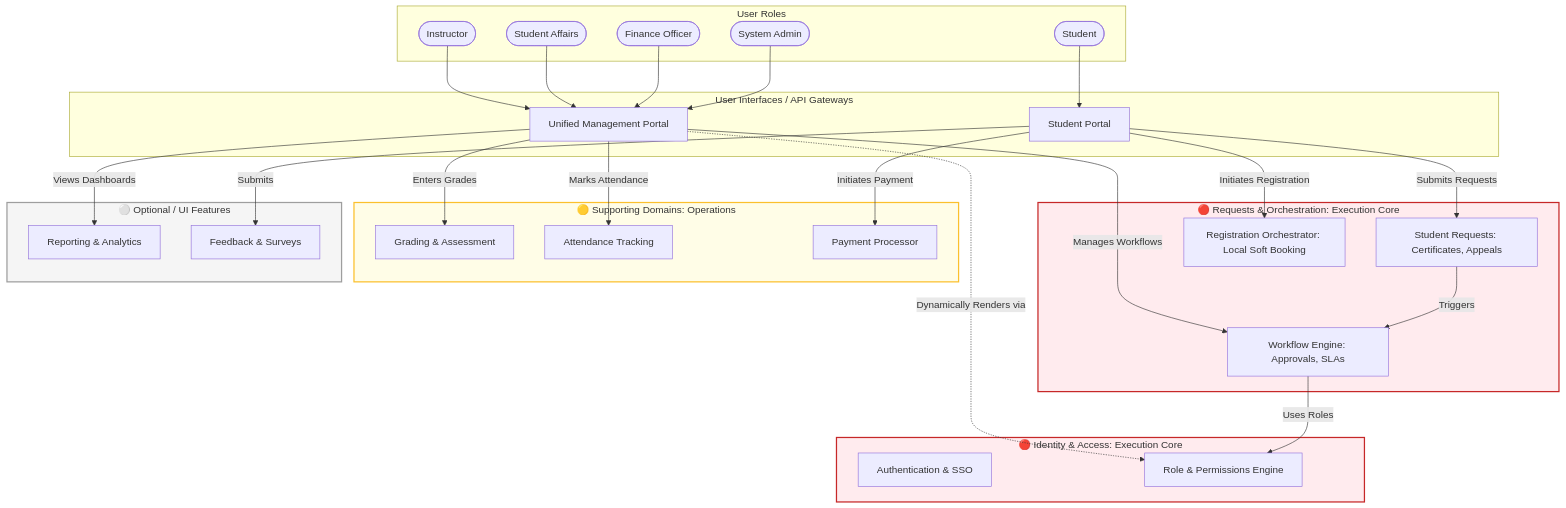
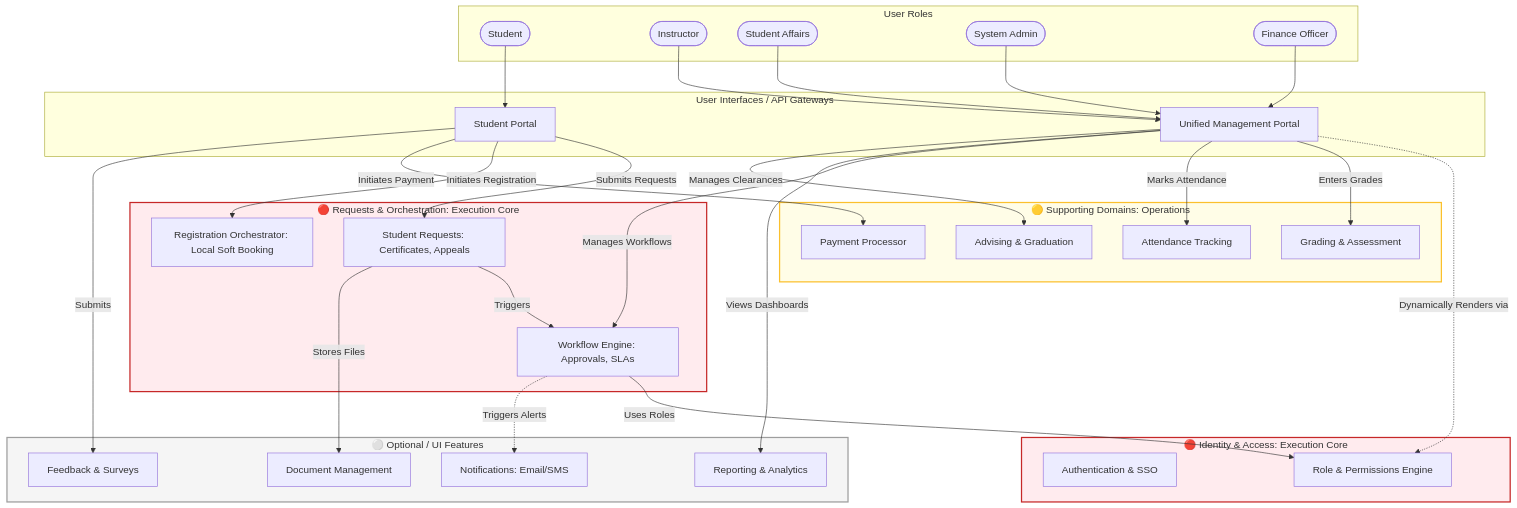
Before and after one commit to ziad-aladawy-dev/BackDesign: the third of 4 diagrams in ARCHITECTURE.md, drawn with Mermaid. The commit also changed other lines of this file, not shown here.

Commit message:
docs: fix orphaned modules and exams terminology in architecture diagrams

````diff
--- a/ARCHITECTURE.md
+++ b/ARCHITECTURE.md
@@ -115,76 +115,82 @@
 ```mermaid
 flowchart TD
 
     %% USERS
     subgraph EndUsers [User Roles]
         R_Student([Student])
         R_Instructor([Instructor])
         R_StudentAffairs([Student Affairs])
         R_SysAdmin([System Admin])
         R_Finance([Finance Officer])
     end
 
     %% PORTALS (UI Shells)
     subgraph Portals [User Interfaces / API Gateways]
         UI_Student["Student Portal"]
         UI_Management["Unified Management Portal"]
     end
 
     %% Map Users
     R_Student --> UI_Student
     R_Instructor --> UI_Management
     R_StudentAffairs --> UI_Management
     R_Finance --> UI_Management
     R_SysAdmin --> UI_Management
 
     %% IAM CORE
     subgraph Core_IAM [🔴 Identity & Access: Execution Core]
         Mod_Auth["Authentication & SSO"]
         Mod_RBAC["Role & Permissions Engine"]
     end
 
     UI_Management -.->|Dynamically Renders via| Mod_RBAC
 
     %% WORKFLOW & ORCHESTRATION CORE
     subgraph Core_Workflow [🔴 Requests & Orchestration: Execution Core]
         Mod_Engine["Workflow Engine: Approvals, SLAs"]
         Mod_StudentReq["Student Requests: Certificates, Appeals"]
         Mod_RegOrchestrator["Registration Orchestrator: Local Soft Booking"]
     end
 
     %% SUPPORTING DOMAINS (Write-Heavy)
     subgraph Support_Domains [🟡 Supporting Domains: Operations]
         Mod_Grading["Grading & Assessment"]
         Mod_Attendance["Attendance Tracking"]
         Mod_PaymentProc["Payment Processor"]
+        Mod_Advising["Advising & Graduation"]
     end
 
     %% OPTIONAL UI-FACING DOMAINS
     subgraph Optional_Domains [⚪ Optional / UI Features]
         Mod_Reports["Reporting & Analytics"]
         Mod_FeedbackSurveys["Feedback & Surveys"]
+        Mod_Notify["Notifications: Email/SMS"]
+        Mod_Docs["Document Management"]
     end
 
     %% Feature Routing
     UI_Student -->|Submits Requests| Mod_StudentReq
     UI_Student -->|Initiates Registration| Mod_RegOrchestrator
     UI_Student -->|Initiates Payment| Mod_PaymentProc
     UI_Student -->|Submits| Mod_FeedbackSurveys
 
     UI_Management -->|Enters Grades| Mod_Grading
     UI_Management -->|Marks Attendance| Mod_Attendance
     UI_Management -->|Manages Workflows| Mod_Engine
     UI_Management -->|Views Dashboards| Mod_Reports
+    UI_Management -->|Manages Clearances| Mod_Advising
 
     %% Internal Dependencies
     Mod_StudentReq -->|Triggers| Mod_Engine
+    Mod_StudentReq -->|Stores Files| Mod_Docs
     Mod_Engine -->|Uses Roles| Mod_RBAC
+    Mod_Engine -.->|Triggers Alerts| Mod_Notify
 
     %% STYLING
     classDef core fill:#ffebee,stroke:#c62828,stroke-width:2px;
     classDef support fill:#fffde7,stroke:#fbc02d,stroke-width:2px;
     classDef optional fill:#f5f5f5,stroke:#9e9e9e,stroke-width:2px;
     class Core_IAM,Core_Workflow core;
     class Support_Domains support;
     class Optional_Domains optional;
 ```
````
